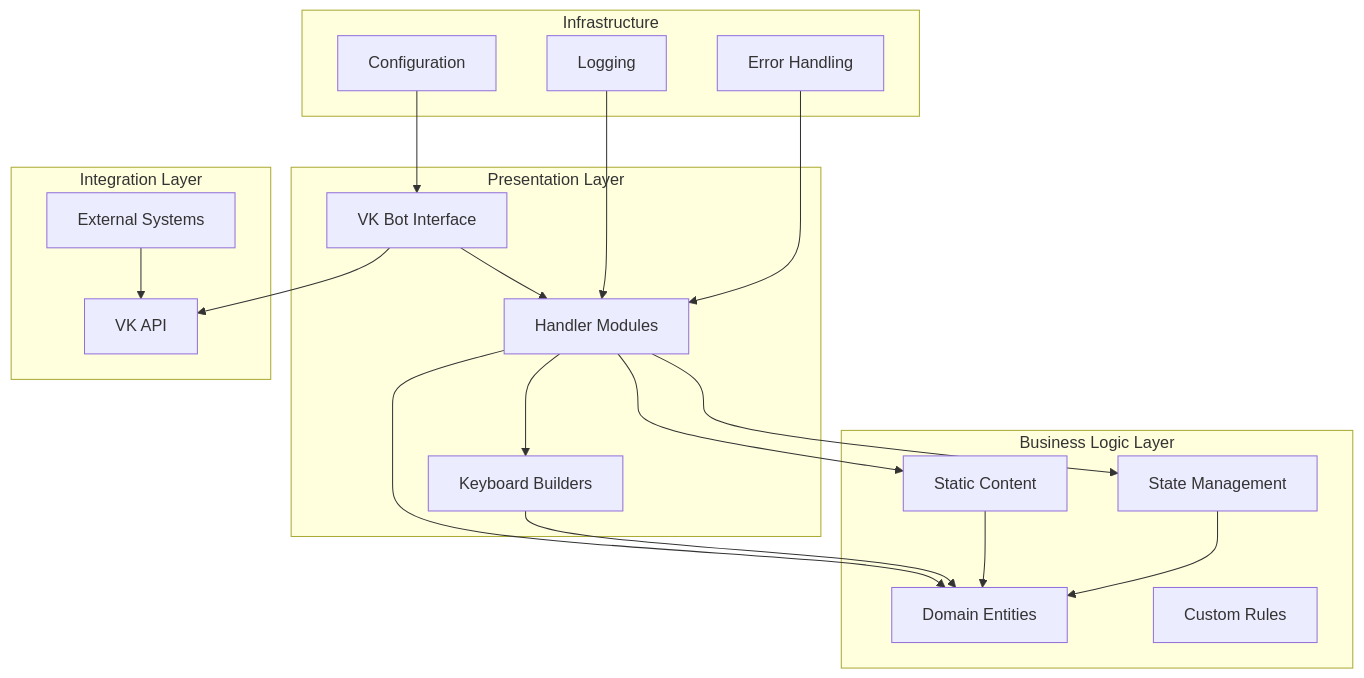
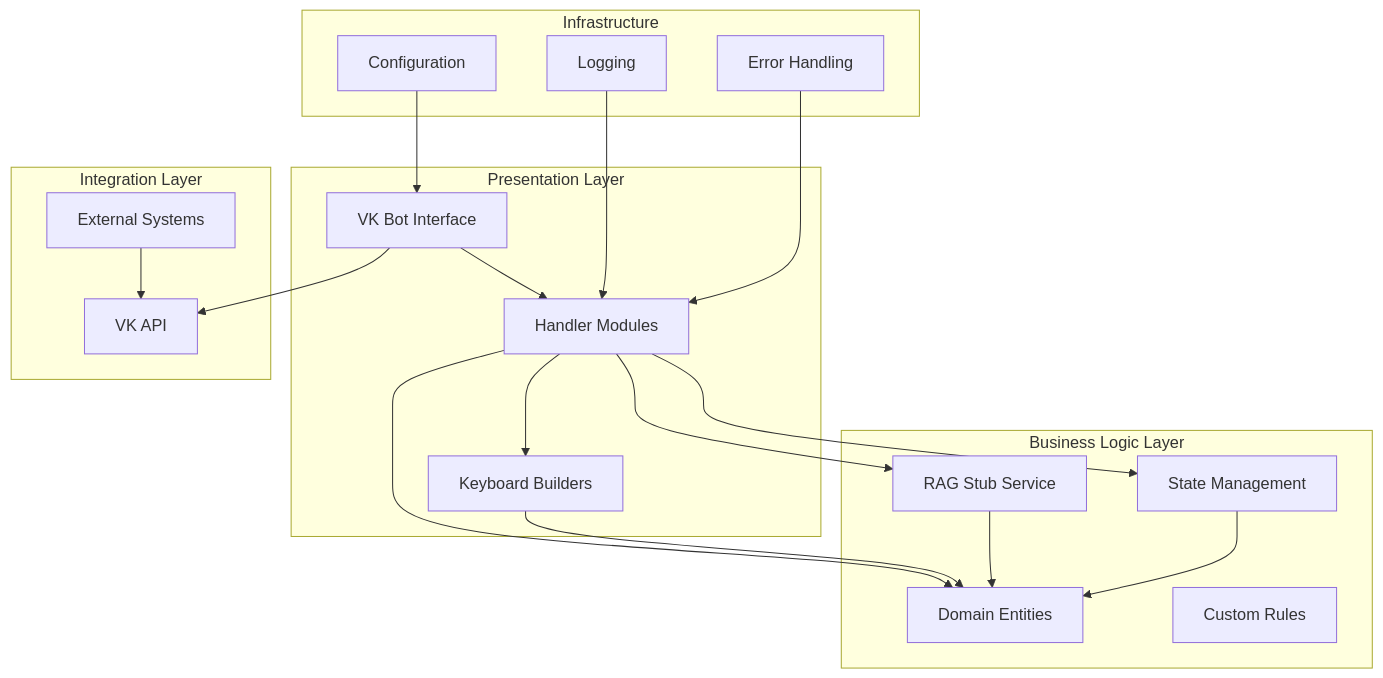
Before and after one commit to ognelis/cafetera_hr_bot: the first of 12 diagrams in .qoder/repowiki/en/content/VK Integration/HR Request Processing System.md, drawn with Mermaid. The commit also changed other lines of this file and 14 other files, not shown here.

````diff
--- a/.qoder/repowiki/en/content/VK Integration/HR Request Processing System.md
+++ b/.qoder/repowiki/en/content/VK Integration/HR Request Processing System.md
@@ -51,36 +61,36 @@
 ```mermaid
 graph TB
 subgraph "Presentation Layer"
 VKBot[VK Bot Interface]
 Keyboards[Keyboard Builders]
 Handlers[Handler Modules]
 end
 subgraph "Business Logic Layer"
 Domain[Domain Entities]
-Content[Static Content]
+Content[RAG Stub Service]
 States[State Management]
 Rules[Custom Rules]
 end
 subgraph "Integration Layer"
 VKAPI[VK API]
 ExternalServices[External Systems]
 end
 subgraph "Infrastructure"
 Config[Configuration]
 Logger[Logging]
 ErrorHandling[Error Handling]
 end
 VKBot --> Handlers
 Handlers --> Keyboards
 Handlers --> Domain
 Handlers --> Content
 Handlers --> States
 Keyboards --> Domain
 Content --> Domain
 States --> Domain
 VKBot --> VKAPI
 ExternalServices --> VKAPI
 Config --> VKBot
 Logger --> Handlers
 ErrorHandling --> Handlers
 ```
````
